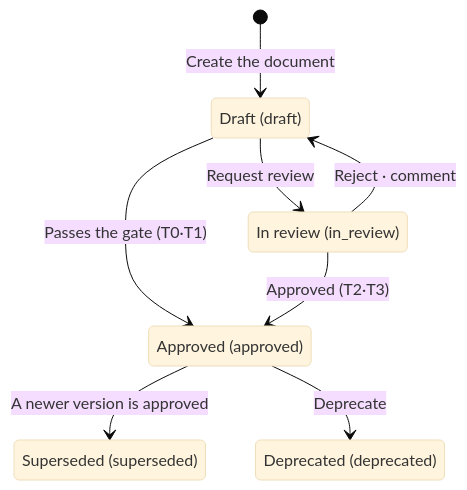
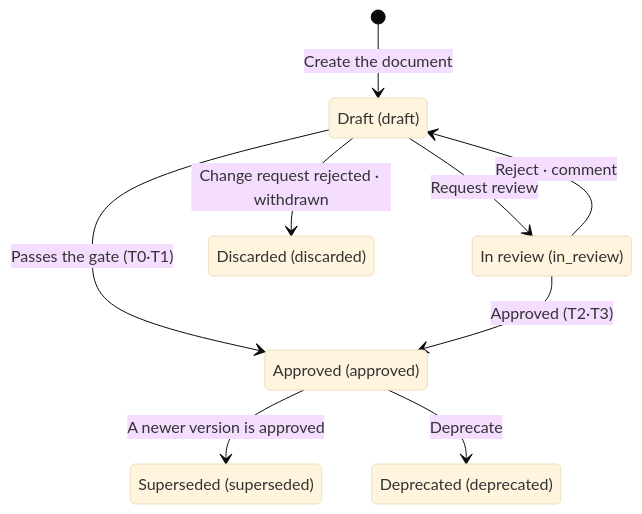
One commit to worker-ants/nerv changed the first of 2 diagrams in codebase/apps/web/src/content/manual/en/specs.md. Above: the diagram before and after it, drawn with Mermaid (base theme). The commit also changed other lines of this file and 186 other files, not shown here.

````diff
--- a/codebase/apps/web/src/content/manual/en/specs.md
+++ b/codebase/apps/web/src/content/manual/en/specs.md
@@ -70,17 +71,19 @@
 ```mermaid
 stateDiagram-v2
     accTitle: Status flow of a spec version
     direction TB
     state "Draft (draft)" as draft
     state "In review (in_review)" as in_review
     state "Approved (approved)" as approved
     state "Superseded (superseded)" as superseded
     state "Deprecated (deprecated)" as deprecated
+    state "Discarded (discarded)" as discarded
     [*] --> draft: Create the document
     draft --> in_review: Request review
     in_review --> draft: Reject · comment
+    draft --> discarded: Change request rejected · withdrawn
     draft --> approved: Passes the gate (T0·T1)
     in_review --> approved: Approved (T2·T3)
     approved --> superseded: A newer version is approved
     approved --> deprecated: Deprecate
 ```
````
